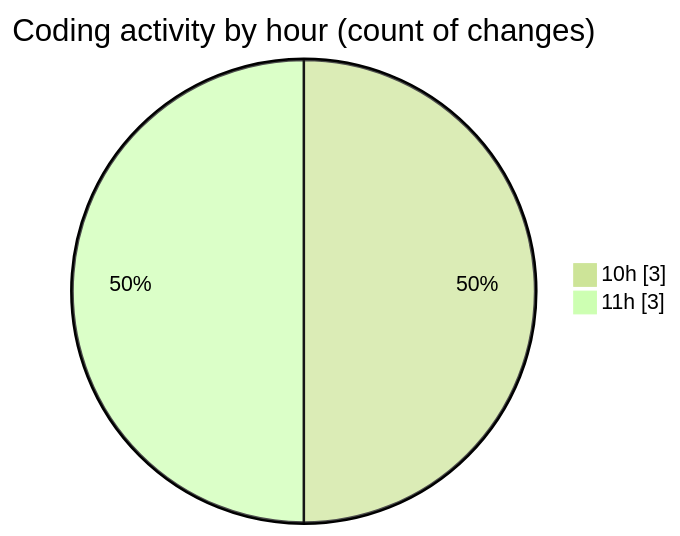
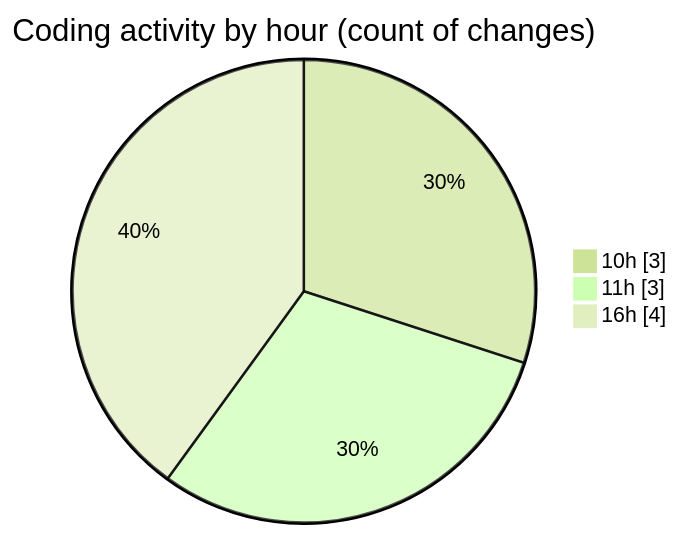
One commit to charlie-sans/code-tracking changed the second of 2 diagrams in 2025-02-26/micros/README.md. Above: the diagram before and after it, drawn with Mermaid (forest theme). The commit also changed other lines of this file and 1 other file, not shown here.

````diff
--- a/2025-02-26/micros/README.md
+++ b/2025-02-26/micros/README.md
@@ -30,6 +31,7 @@
 ```mermaid
 pie showData
 title Coding activity by hour (count of changes)
 "10h" : 3
 "11h" : 3
+"16h" : 4
 ```
````
